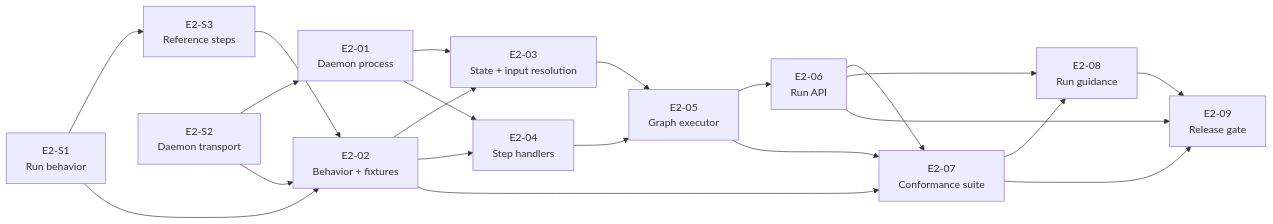
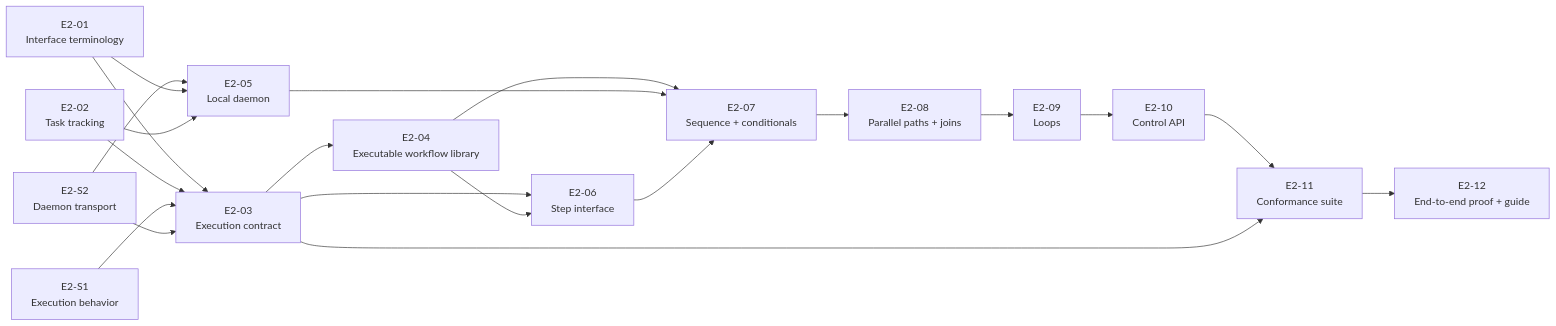
One commit to RostrumAI/rostrum changed the diagram in docs/epics/epic-02-local-workflow-execution.md. Above: the diagram before and after it, drawn with Mermaid. The commit also changed other lines of this file and 27 other files, not shown here.

````diff
--- a/docs/epics/epic-02-local-workflow-execution.md
+++ b/docs/epics/epic-02-local-workflow-execution.md
@@ -99,23 +89,26 @@
 ```mermaid
 flowchart LR
-    S1["E2-S1<br/>Run behavior"] --> S3["E2-S3<br/>Reference steps"]
-    S1 --> E02["E2-02<br/>Behavior + fixtures"]
-    S2["E2-S2<br/>Daemon transport"] --> E01["E2-01<br/>Daemon process"]
-    S2 --> E02
-    S3 --> E02
-    E01 --> E03["E2-03<br/>State + input resolution"]
-    E02 --> E03
-    E01 --> E04["E2-04<br/>Step handlers"]
-    E02 --> E04
-    E03 --> E05["E2-05<br/>Graph executor"]
-    E04 --> E05
-    E05 --> E06["E2-06<br/>Run API"]
-    E02 --> E07["E2-07<br/>Conformance suite"]
-    E05 --> E07
-    E06 --> E07
-    E06 --> E08["E2-08<br/>Run guidance"]
-    E07 --> E08
-    E06 --> E09["E2-09<br/>Release gate"]
-    E07 --> E09
-    E08 --> E09
+    C1["E2-01<br/>Interface terminology"] --> C["E2-03<br/>Execution contract"]
+    C2["E2-02<br/>Task tracking"] --> C
+    S1["E2-S1<br/>Execution behavior"] --> C
+    S2["E2-S2<br/>Daemon transport"] --> C
+    S2 --> D["E2-05<br/>Local daemon"]
+    C1 --> D
+    C2 --> D
+
+    C --> W["E2-04<br/>Executable workflow library"]
+    C --> H["E2-06<br/>Step interface"]
+    W --> H
+
+    W --> R1["E2-07<br/>Sequence + conditionals"]
+    D --> R1
+    H --> R1
+
+    R1 --> R2["E2-08<br/>Parallel paths + joins"]
+    R2 --> R3["E2-09<br/>Loops"]
+    R3 --> API["E2-10<br/>Control API"]
+
+    API --> T["E2-11<br/>Conformance suite"]
+    C --> T
+    T --> P["E2-12<br/>End-to-end proof + guide"]
 ```
````
